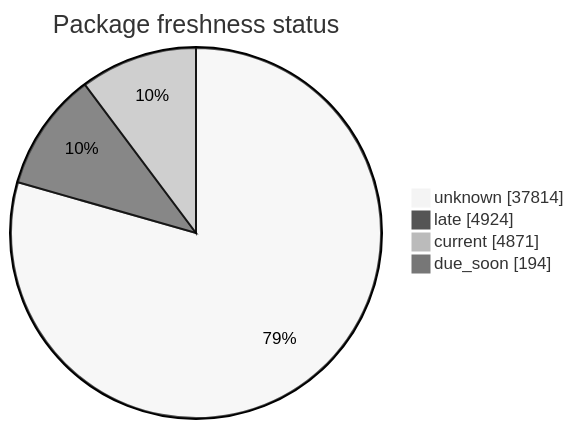
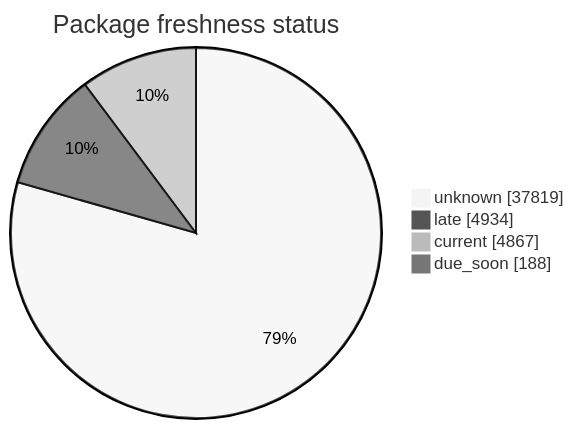
One commit to open-data/analytics-corporate-reporting changed the second of 5 diagrams in FreshCheck/README.md. Above: the diagram before and after it, drawn with Mermaid (neutral theme). The commit also changed other lines of this file and 3 other files, not shown here.

````diff
--- a/FreshCheck/README.md
+++ b/FreshCheck/README.md
@@ -68,7 +68,7 @@
 ```mermaid
 pie showData title Package freshness status
-    "unknown": 37814
-    "late": 4924
-    "current": 4871
-    "due_soon": 194
+    "unknown": 37819
+    "late": 4934
+    "current": 4867
+    "due_soon": 188
 ```
````
